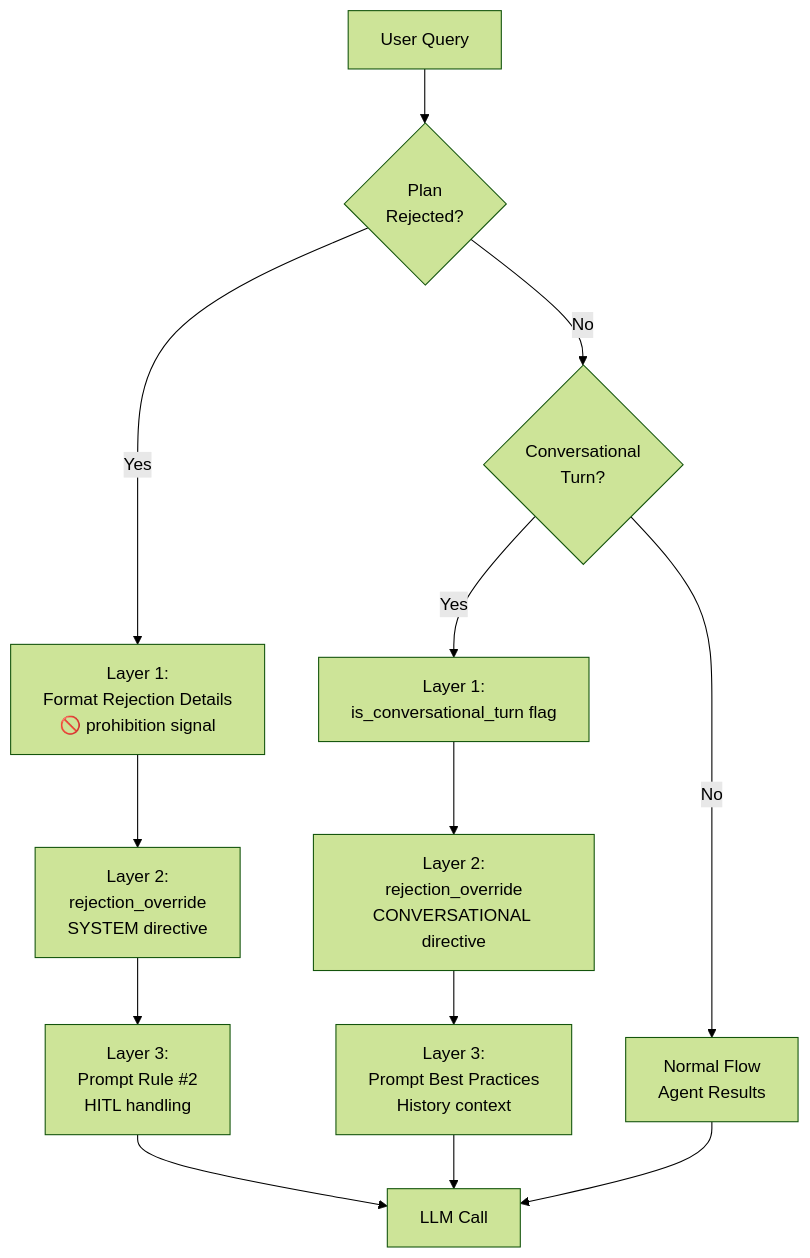
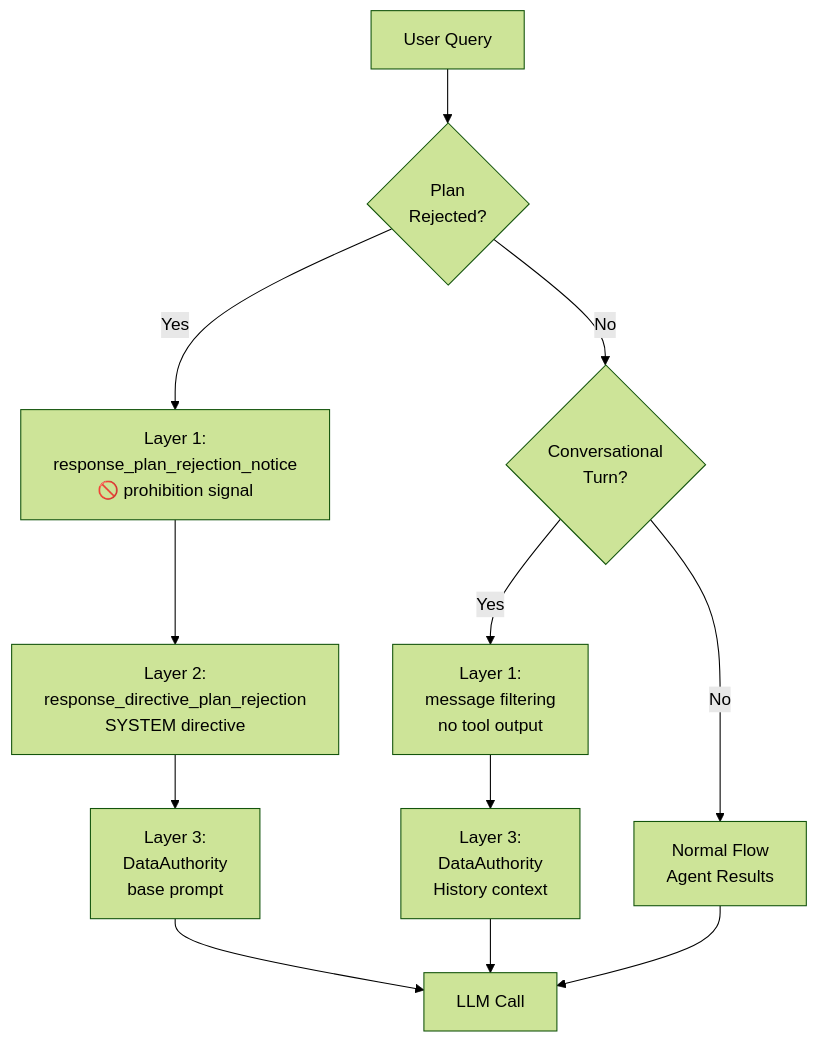
Before and after one commit to jgouviergmail/LIA-Assistant: the fifth of 5 diagrams in docs/technical/RESPONSE.md, drawn with Mermaid (forest theme). The commit also changed other lines of this file and 1512 other files, not shown here.

````diff
--- a/docs/technical/RESPONSE.md
+++ b/docs/technical/RESPONSE.md
@@ -1119,15 +1172,14 @@
 ```mermaid
 graph TD
     A[User Query] --> B{Plan<br/>Rejected?}
-    B -->|Yes| C[Layer 1:<br/>Format Rejection Details<br/>🚫 prohibition signal]
-    C --> D[Layer 2:<br/>rejection_override<br/>SYSTEM directive]
-    D --> E[Layer 3:<br/>Prompt Rule #2<br/>HITL handling]
+    B -->|Yes| C[Layer 1:<br/>response_plan_rejection_notice<br/>🚫 prohibition signal]
+    C --> D[Layer 2:<br/>response_directive_plan_rejection<br/>SYSTEM directive]
+    D --> E[Layer 3:<br/>DataAuthority<br/>base prompt]
     B -->|No| F{Conversational<br/>Turn?}
-    F -->|Yes| G[Layer 1:<br/>is_conversational_turn flag]
-    G --> H[Layer 2:<br/>rejection_override<br/>CONVERSATIONAL directive]
-    H --> I[Layer 3:<br/>Prompt Best Practices<br/>History context]
+    F -->|Yes| G[Layer 1:<br/>message filtering<br/>no tool output]
+    G --> I[Layer 3:<br/>DataAuthority<br/>History context]
     F -->|No| J[Normal Flow<br/>Agent Results]
     E --> K[LLM Call]
     I --> K
     J --> K
 ```
````
